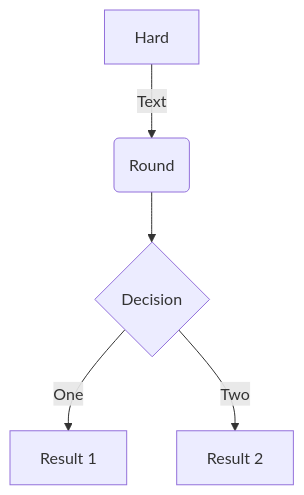
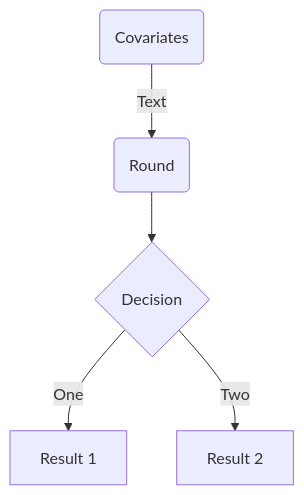
The diagram in content/project/Algorithm/index.md (amsmith8/academic-website), drawn with Mermaid before and after one commit. The commit also changed 2 other files, not shown here.

````diff
--- a/content/project/Algorithm/index.md
+++ b/content/project/Algorithm/index.md
@@ -24,7 +24,7 @@
 ```mermaid
 graph TD
-A[Hard] -->|Text| B(Round)
+A(Covariates) -->|Text| B(Round)
 B --> C{Decision}
 C -->|One| D[Result 1]
 C -->|Two| E[Result 2]
 ```
````
